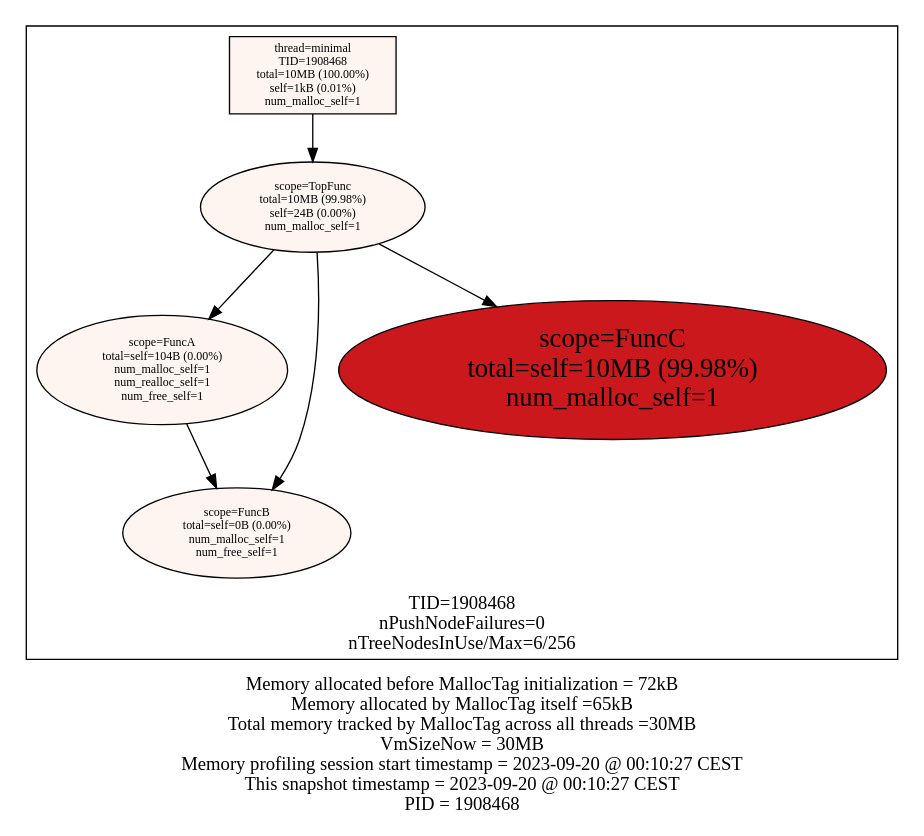
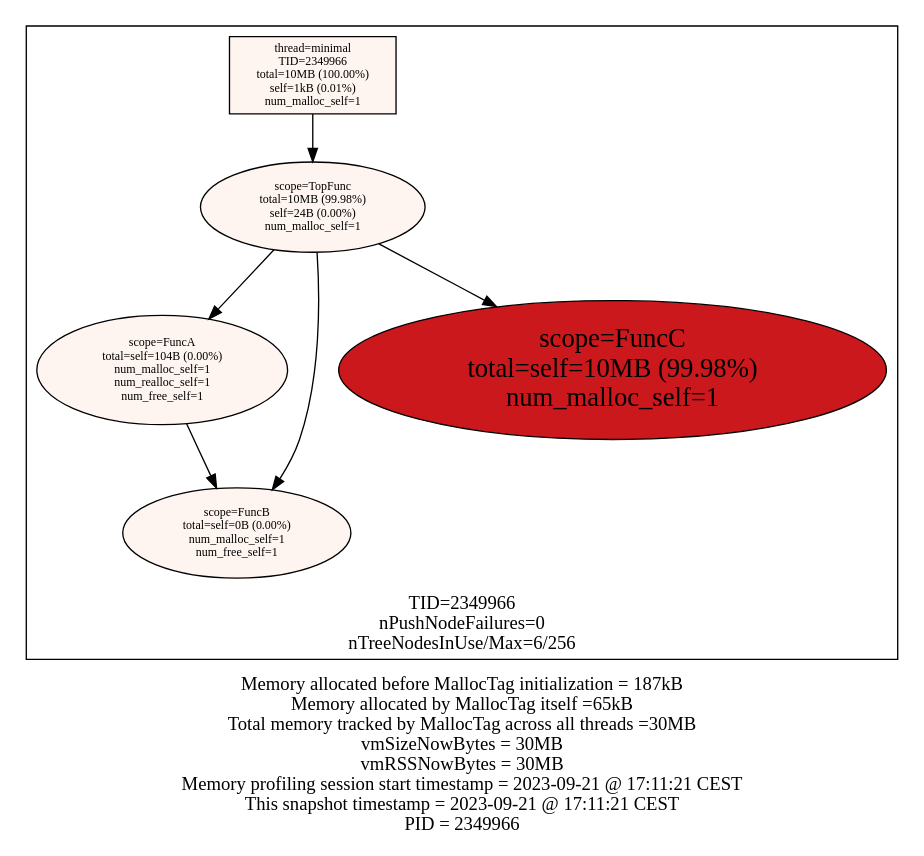
The diagram in examples/minimal/minimal_stats.dot (f18m/malloc-tag), drawn with Graphviz before and after one commit. The commit also changed 5 other files, not shown here.

```diff
--- a/examples/minimal/minimal_stats.dot
+++ b/examples/minimal/minimal_stats.dot
@@ -1,22 +1,22 @@
 digraph MallocTree {
  node [colorscheme=reds9 style=filled]
- subgraph cluster_TID1908468 {
+ subgraph cluster_TID2349966 {
   node [colorscheme=reds9 style=filled]
   labelloc="b"
-  label="TID=1908468\nnPushNodeFailures=0\nnTreeNodesInUse/Max=6/256\n"
-  "1908468_minimal" [label="thread=minimal\nTID=1908468\ntotal=10MB (100.00%)\nself=1kB (0.01%)\nnum_malloc_self=1" shape=box fillcolor=1 fontsize=9]
-  "1908468_minimal" -> "1908468_TopFunc"
-  "1908468_TopFunc" [label="scope=TopFunc\ntotal=10MB (99.98%)\nself=24B (0.00%)\nnum_malloc_self=1" fillcolor=1 fontsize=9]
-  "1908468_TopFunc" -> "1908468_FuncA"
-  "1908468_TopFunc" -> "1908468_FuncB"
-  "1908468_TopFunc" -> "1908468_FuncC"
-  "1908468_FuncA" [label="scope=FuncA\ntotal=self=104B (0.00%)\nnum_malloc_self=1\nnum_realloc_self=1\nnum_free_self=1" fillcolor=1 fontsize=9]
-  "1908468_FuncA" -> "1908468_FuncB"
-  "1908468_FuncB" [label="scope=FuncB\ntotal=self=0B (0.00%)\nnum_malloc_self=1\nnum_free_self=1" fillcolor=1 fontsize=9]
-  "1908468_FuncB" [label="scope=FuncB\ntotal=self=0B (0.00%)\nnum_malloc_self=1\nnum_free_self=1" fillcolor=1 fontsize=9]
-  "1908468_FuncC" [label="scope=FuncC\ntotal=self=10MB (99.98%)\nnum_malloc_self=1" fillcolor=7 fontsize=20]
+  label="TID=2349966\nnPushNodeFailures=0\nnTreeNodesInUse/Max=6/256\n"
+  "2349966_minimal" [label="thread=minimal\nTID=2349966\ntotal=10MB (100.00%)\nself=1kB (0.01%)\nnum_malloc_self=1" shape=box fillcolor=1 fontsize=9]
+  "2349966_minimal" -> "2349966_TopFunc"
+  "2349966_TopFunc" [label="scope=TopFunc\ntotal=10MB (99.98%)\nself=24B (0.00%)\nnum_malloc_self=1" fillcolor=1 fontsize=9]
+  "2349966_TopFunc" -> "2349966_FuncA"
+  "2349966_TopFunc" -> "2349966_FuncB"
+  "2349966_TopFunc" -> "2349966_FuncC"
+  "2349966_FuncA" [label="scope=FuncA\ntotal=self=104B (0.00%)\nnum_malloc_self=1\nnum_realloc_self=1\nnum_free_self=1" fillcolor=1 fontsize=9]
+  "2349966_FuncA" -> "2349966_FuncB"
+  "2349966_FuncB" [label="scope=FuncB\ntotal=self=0B (0.00%)\nnum_malloc_self=1\nnum_free_self=1" fillcolor=1 fontsize=9]
+  "2349966_FuncB" [label="scope=FuncB\ntotal=self=0B (0.00%)\nnum_malloc_self=1\nnum_free_self=1" fillcolor=1 fontsize=9]
+  "2349966_FuncC" [label="scope=FuncC\ntotal=self=10MB (99.98%)\nnum_malloc_self=1" fillcolor=7 fontsize=20]
  }
 
  labelloc="b"
- label="Memory allocated before MallocTag initialization = 72kB\nMemory allocated by MallocTag itself =65kB\nTotal memory tracked by MallocTag across all threads =30MB\nVmSizeNow = 30MB\nMemory profiling session start timestamp = 2023-09-20 @ 00:10:27 CEST\nThis snapshot timestamp = 2023-09-20 @ 00:10:27 CEST\nPID = 1908468\n"
+ label="Memory allocated before MallocTag initialization = 187kB\nMemory allocated by MallocTag itself =65kB\nTotal memory tracked by MallocTag across all threads =30MB\nvmSizeNowBytes = 30MB\nvmRSSNowBytes = 30MB\nMemory profiling session start timestamp = 2023-09-21 @ 17:11:21 CEST\nThis snapshot timestamp = 2023-09-21 @ 17:11:21 CEST\nPID = 2349966\n"
 }
```
